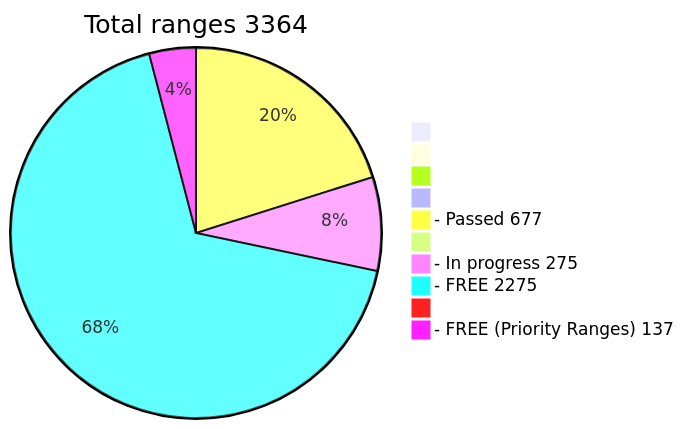
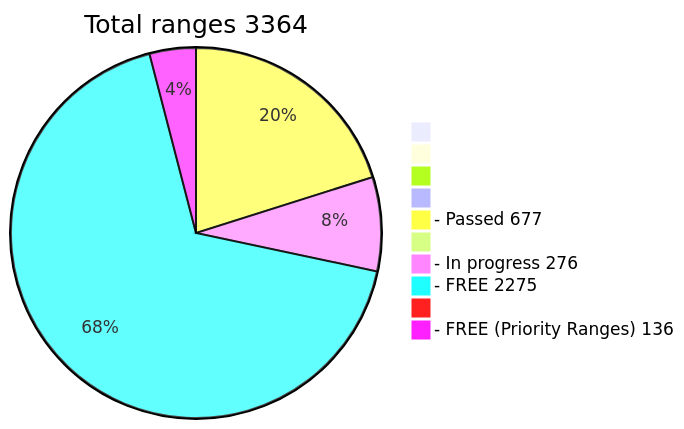
Before and after one commit to phrutis/wif500: the diagram in README.md, drawn with Mermaid.

````diff
--- a/README.md
+++ b/README.md
@@ -16,13 +16,13 @@
 ```mermaid
 pie title Total ranges 3364
              " " : 0
             "  " : 0
            "   " : 0
           "    " : 0
   "- Passed 677" : 677
          "     " : 0
-  "- In progress 275" : 275
+  "- In progress 276" : 276
    "- FREE 2275" : 2275
         "      " : 0
-  "- FREE (Priority Ranges) 137" : 137
+  "- FREE (Priority Ranges) 136" : 136
 ```
````
